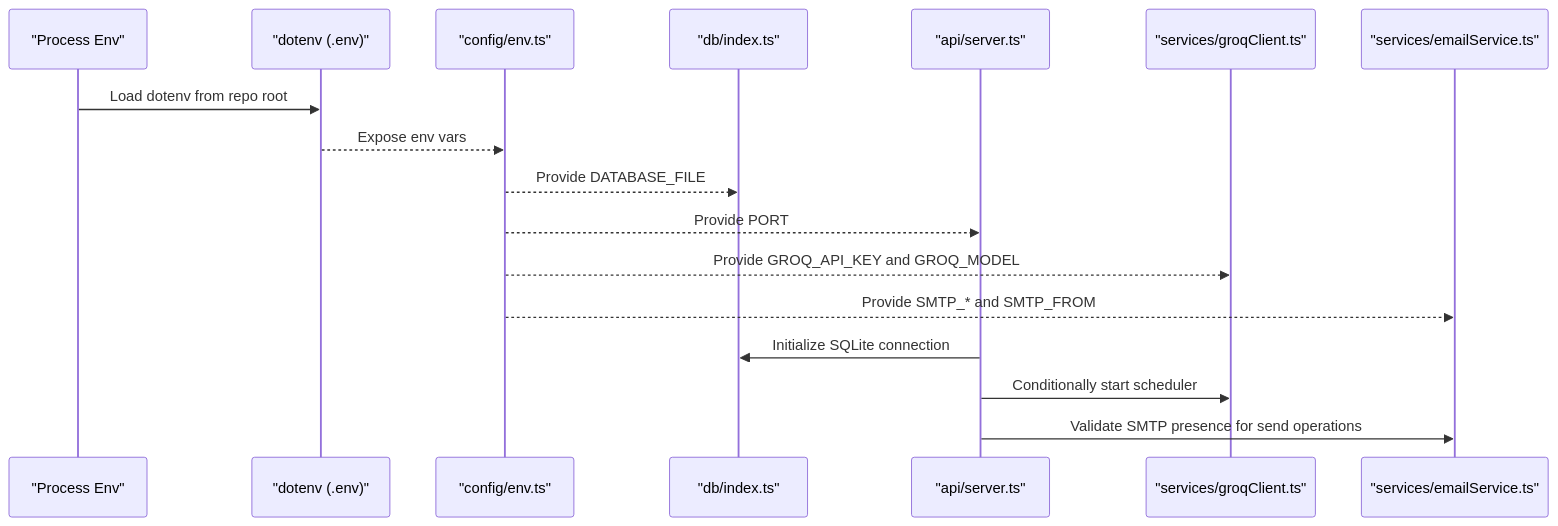
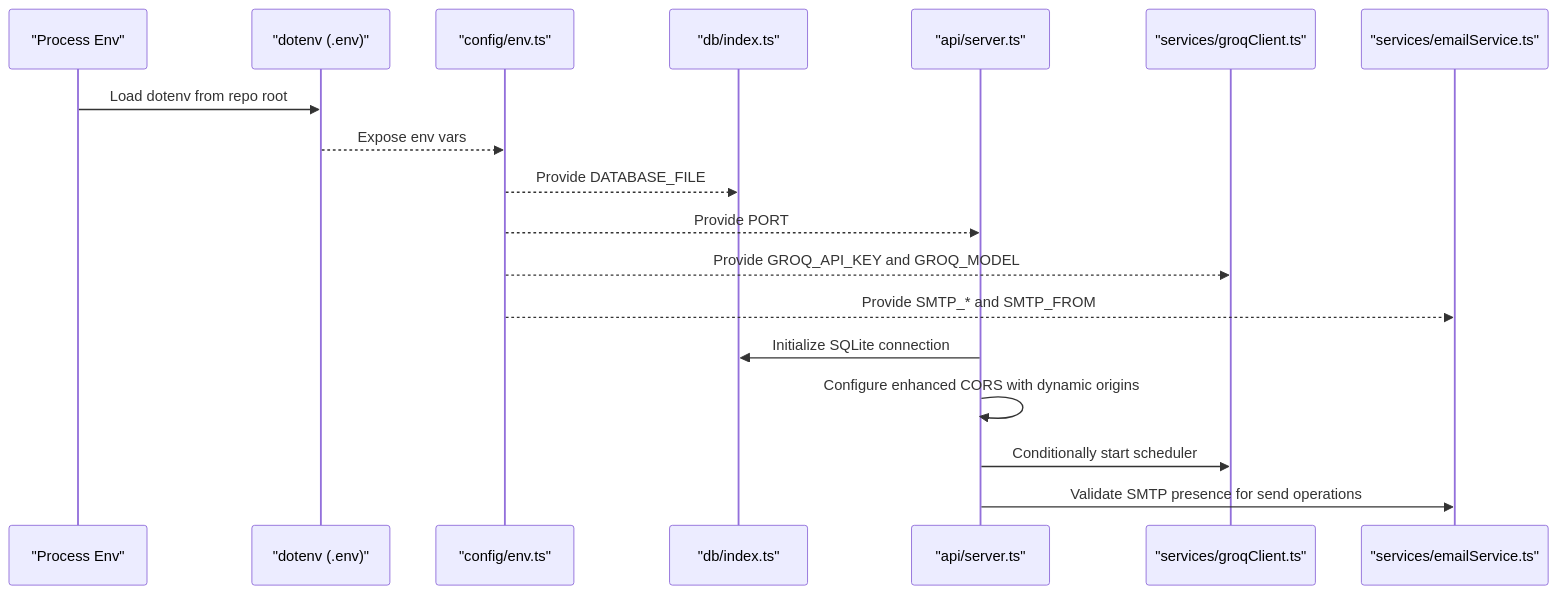
Before and after one commit to aravinthraj-ramalingam/Groww-App-Review-Insights-Analyzer-: the second of 4 diagrams in .qoder/repowiki/en/content/Configuration Management.md, drawn with Mermaid. The commit also changed other lines of this file and 3 other files, not shown here.

````diff
--- a/.qoder/repowiki/en/content/Configuration Management.md
+++ b/.qoder/repowiki/en/content/Configuration Management.md
@@ -114,19 +138,20 @@
 ```mermaid
 sequenceDiagram
 participant Proc as "Process Env"
 participant Dotenv as "dotenv (.env)"
 participant Cfg as "config/env.ts"
 participant DB as "db/index.ts"
 participant API as "api/server.ts"
 participant Groq as "services/groqClient.ts"
 participant Email as "services/emailService.ts"
 Proc->>Dotenv : Load dotenv from repo root
 Dotenv-->>Cfg : Expose env vars
 Cfg-->>DB : Provide DATABASE_FILE
 Cfg-->>API : Provide PORT
 Cfg-->>Groq : Provide GROQ_API_KEY and GROQ_MODEL
 Cfg-->>Email : Provide SMTP_* and SMTP_FROM
 API->>DB : Initialize SQLite connection
+API->>API : Configure enhanced CORS with dynamic origins
 API->>Groq : Conditionally start scheduler
 API->>Email : Validate SMTP presence for send operations
 ```
````
